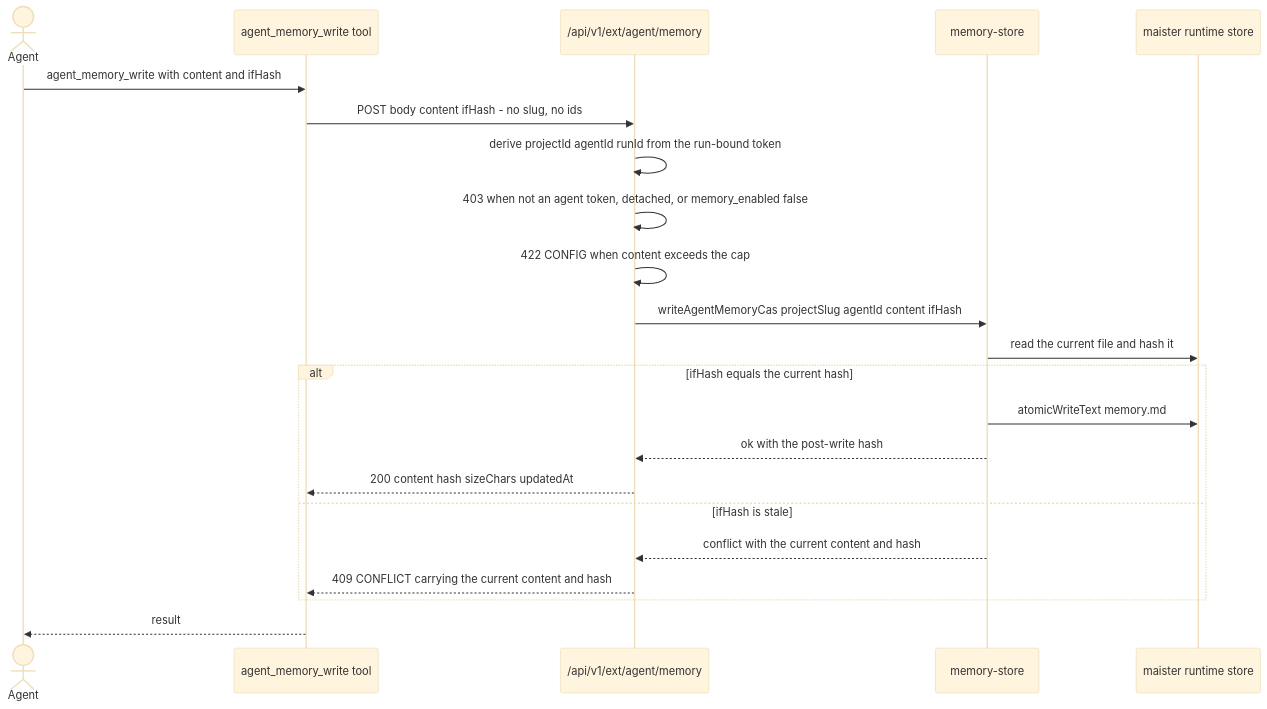
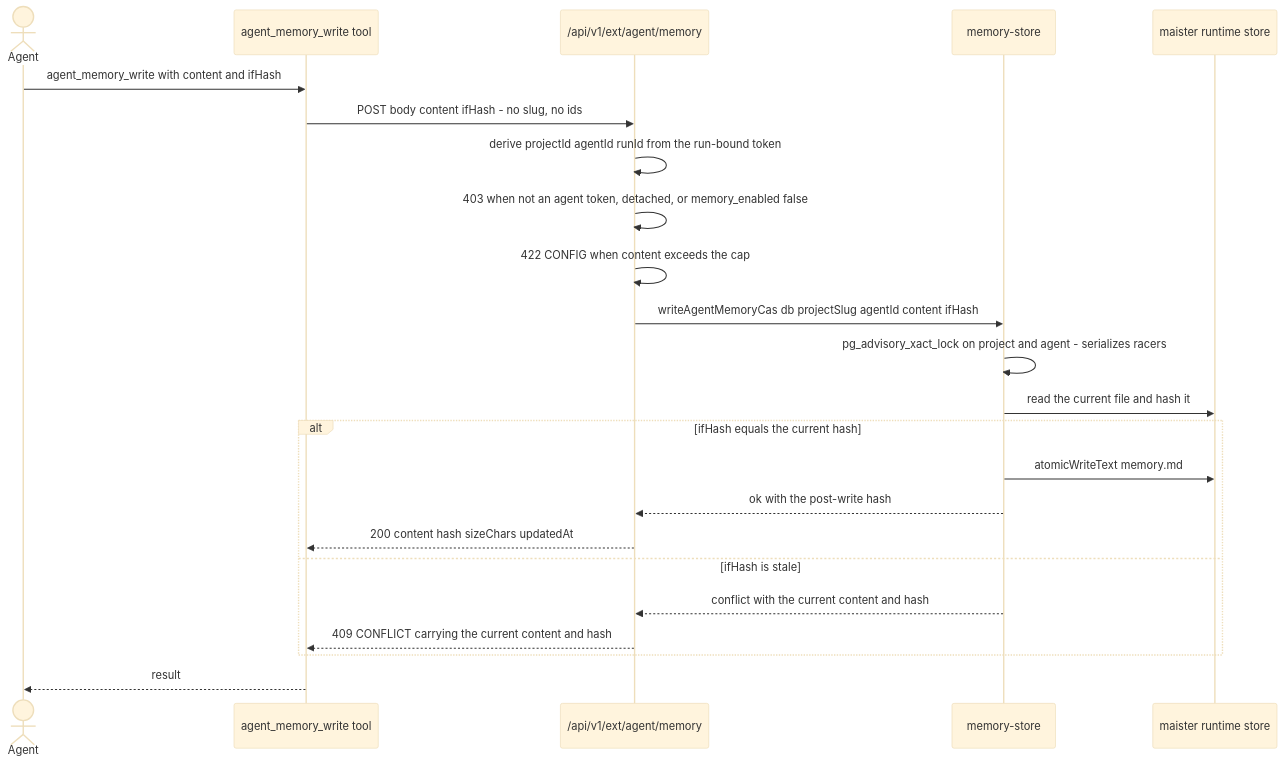
Before and after one commit to maister-dev/maister: the fourth of 5 diagrams in docs/system-analytics/agent-memory.md, drawn with Mermaid (base theme). The commit also changed other lines of this file and 16 other files, not shown here.

````diff
--- a/docs/system-analytics/agent-memory.md
+++ b/docs/system-analytics/agent-memory.md
@@ -133,25 +146,26 @@
 ```mermaid
 sequenceDiagram
     actor AG as Agent
     participant T as agent_memory_write tool
     participant EXT as /api/v1/ext/agent/memory
     participant MS as memory-store
     participant FS as maister runtime store
 
     AG->>T: agent_memory_write with content and ifHash
     T->>EXT: POST body content ifHash - no slug, no ids
     EXT->>EXT: derive projectId agentId runId from the run-bound token
     EXT->>EXT: 403 when not an agent token, detached, or memory_enabled false
     EXT->>EXT: 422 CONFIG when content exceeds the cap
-    EXT->>MS: writeAgentMemoryCas projectSlug agentId content ifHash
+    EXT->>MS: writeAgentMemoryCas db projectSlug agentId content ifHash
+    MS->>MS: pg_advisory_xact_lock on project and agent - serializes racers
     MS->>FS: read the current file and hash it
     alt ifHash equals the current hash
         MS->>FS: atomicWriteText memory.md
         MS-->>EXT: ok with the post-write hash
         EXT-->>T: 200 content hash sizeChars updatedAt
     else ifHash is stale
         MS-->>EXT: conflict with the current content and hash
         EXT-->>T: 409 CONFLICT carrying the current content and hash
     end
     T-->>AG: result
 ```
````
